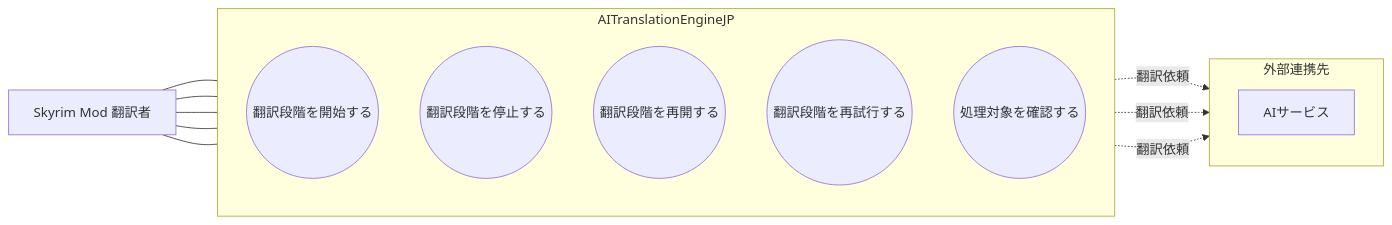
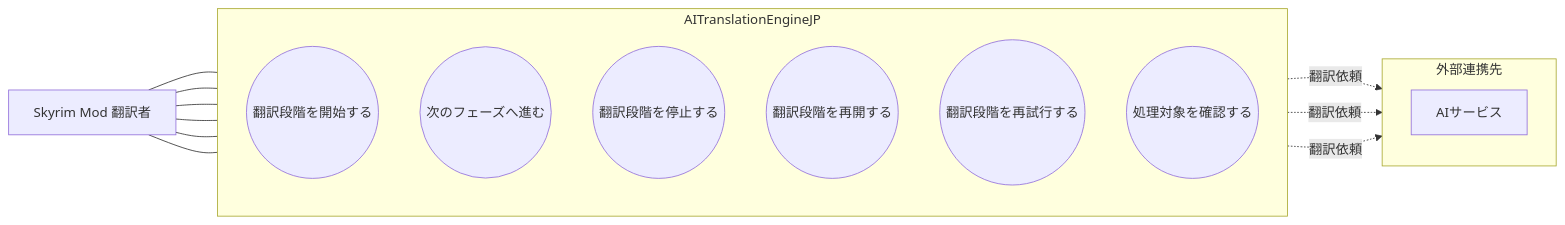
The third of 4 diagrams in docs/usecases/uc-translation-management.md (ishibata91/AITranslationEngineJP), drawn with Mermaid before and after one commit. The commit also changed other lines of this file and 60 other files, not shown here.

````diff
--- a/docs/usecases/uc-translation-management.md
+++ b/docs/usecases/uc-translation-management.md
@@ -377,27 +300,29 @@
 ```mermaid
 flowchart LR
   user[Skyrim Mod 翻訳者]
 
   subgraph system["AITranslationEngineJP"]
     direction TB
     startPhase(("翻訳段階を開始する"))
+    advancePhase(("次のフェーズへ進む"))
     stopPhase(("翻訳段階を停止する"))
     resumePhase(("翻訳段階を再開する"))
     retryPhase(("翻訳段階を再試行する"))
     inspectTargets(("処理対象を確認する"))
   end
 
   subgraph external["外部連携先"]
     direction TB
     ai[AIサービス]
   end
 
   user --- startPhase
+  user --- advancePhase
   user --- stopPhase
   user --- resumePhase
   user --- retryPhase
   user --- inspectTargets
   startPhase -. 翻訳依頼 .-> ai
   resumePhase -. 翻訳依頼 .-> ai
   retryPhase -. 翻訳依頼 .-> ai
 ```
````
